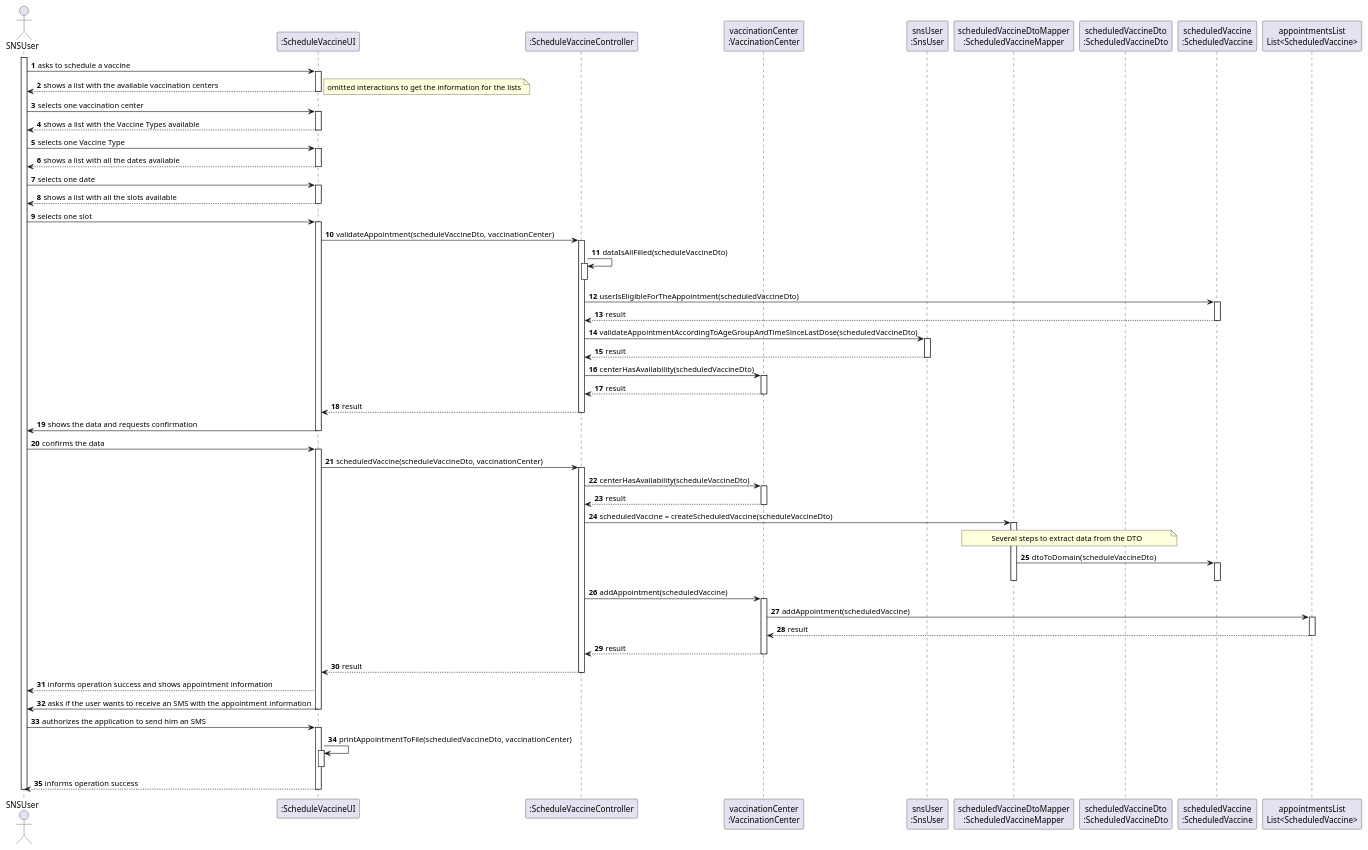
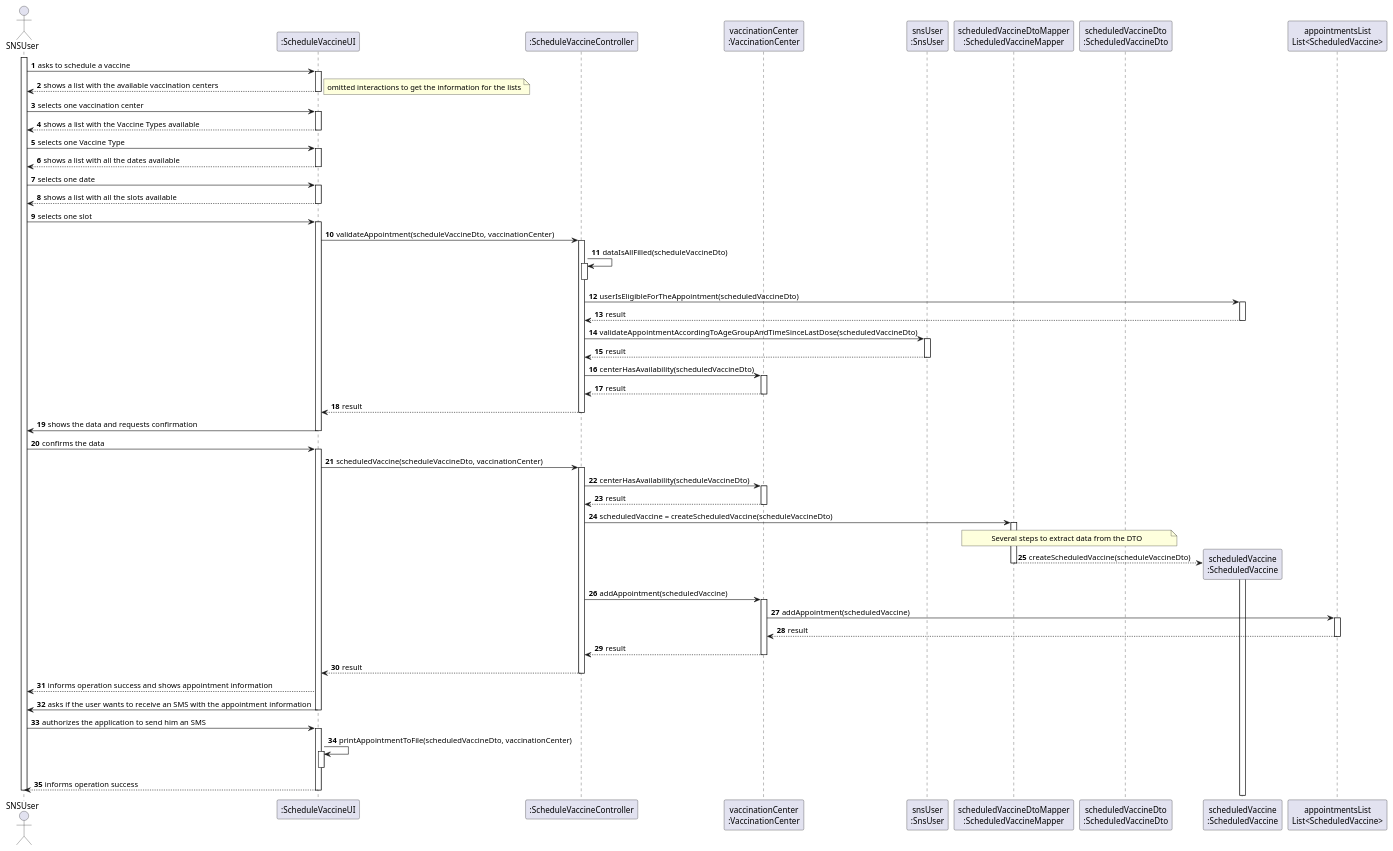
The diagram in docs/SprintC/US001/US001_SD.puml (Pirussa/lei-22-s2-1da-g02), drawn with PlantUML before and after one commit. The commit also changed 1 other file, not shown here.

```diff
--- a/docs/SprintC/US001/US001_SD.puml
+++ b/docs/SprintC/US001/US001_SD.puml
@@ -1,132 +1,132 @@
 @startuml
 
 autonumber
 
 actor SNSUser as U
 
 participant ":ScheduleVaccineUI" as UI
 participant ":ScheduleVaccineController" as CTRL
 participant "vaccinationCenter\n:VaccinationCenter" as VC
 participant "snsUser\n:SnsUser" as SU
 participant "scheduledVaccineDtoMapper\n:ScheduledVaccineMapper" as M
 participant "scheduledVaccineDto\n:ScheduledVaccineDto" as DTO
 participant "scheduledVaccine\n:ScheduledVaccine" as SV
 participant "appointmentsList\nList<ScheduledVaccine>" as L
 
 
 activate U
 U -> UI : asks to schedule a vaccine
 activate UI
 UI --> U : shows a list with the available vaccination centers
 note right
 omitted interactions to get the information for the lists
 end note
 deactivate UI
 U -> UI : selects one vaccination center
 
 
 activate UI
  UI --> U : shows a list with the Vaccine Types available
 deactivate UI
 U -> UI : selects one Vaccine Type
 
 
 activate UI
  UI --> U : shows a list with all the dates available
 deactivate UI
 U -> UI : selects one date
 
 
 activate UI
  UI --> U : shows a list with all the slots available
 deactivate UI
 U -> UI : selects one slot
 
 
 
 activate UI
 UI -> CTRL : validateAppointment(scheduleVaccineDto, vaccinationCenter)
 
 activate CTRL
 CTRL -> CTRL : dataIsAllFilled(scheduleVaccineDto)
 activate CTRL
 deactivate CTRL
 CTRL -> SV : userIsEligibleForTheAppointment(scheduledVaccineDto)
 activate SV
 SV ---> CTRL : result
 deactivate SV
 
 
 
 CTRL -> SU : validateAppointmentAccordingToAgeGroupAndTimeSinceLastDose(scheduledVaccineDto)
 
 activate SU
 SU ---> CTRL : result
 deactivate SU
 
 CTRL -> VC : centerHasAvailability(scheduledVaccineDto)
 activate VC
 VC ---> CTRL : result
 deactivate VC
 
 
 CTRL ---> UI : result
 deactivate CTRL
 
 UI -> U : shows the data and requests confirmation
 deactivate UI
 
 U -> UI : confirms the data
 activate UI
 
 UI -> CTRL : scheduledVaccine(scheduleVaccineDto, vaccinationCenter)
 activate CTRL
 
 
 CTRL -> VC : centerHasAvailability(scheduleVaccineDto)
 
 activate VC
 VC ---> CTRL : result
 deactivate VC
 CTRL -> M : scheduledVaccine = createScheduledVaccine(scheduleVaccineDto)
 activate M
 note over M, DTO
 Several steps to extract data from the DTO
 end note
-M -> SV  : dtoToDomain(scheduleVaccineDto)
+M ---> SV ** : createScheduledVaccine(scheduleVaccineDto)
 activate SV
 deactivate SV
 deactivate M
 
 CTRL -> VC : addAppointment(scheduledVaccine)
 activate VC
 
 
 VC -> L : addAppointment(scheduledVaccine)
 activate L
 L --> VC : result
 
 deactivate L
 
 VC --> CTRL : result
 
 deactivate VC
 
 
 
 CTRL ---> UI : result
 deactivate CTRL
 UI --> U : informs operation success and shows appointment information
 
 UI -> U : asks if the user wants to receive an SMS with the appointment information
 deactivate UI
 
 U -> UI : authorizes the application to send him an SMS
 activate UI
 UI -> UI : printAppointmentToFile(scheduledVaccineDto, vaccinationCenter)
 activate UI
 deactivate UI
 UI ---> U : informs operation success
 deactivate UI
 deactivate U
 @enduml
```
